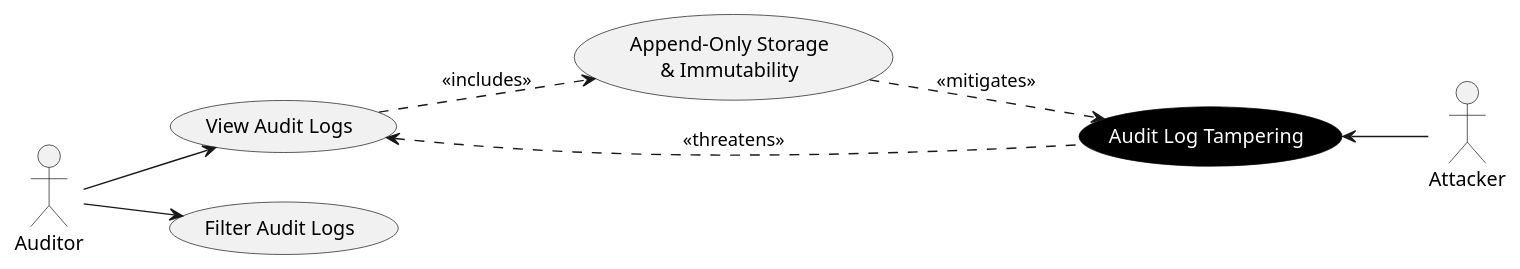
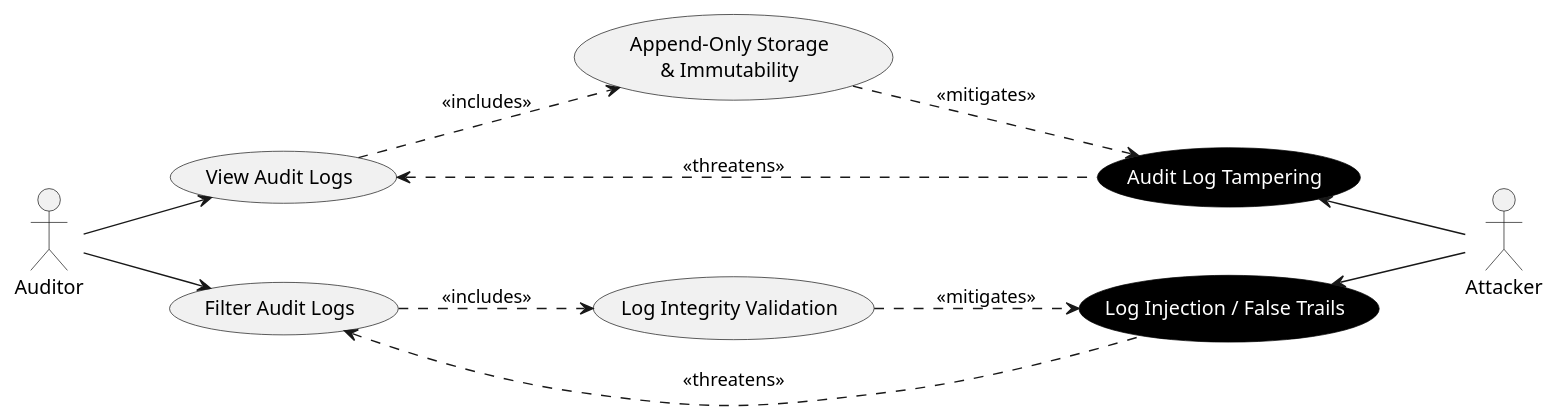
The diagram in Phase1/images/abuse-cases/audit-log/audit-abuse-case.puml (mei-desofs/desofs2026_thu_ffs_2), drawn with PlantUML before and after one commit. The commit also changed 13 other files, not shown here.

Commit message:
G - #6 - Update abuse case diagrams

```diff
--- a/Phase1/images/abuse-cases/audit-log/audit-abuse-case.puml
+++ b/Phase1/images/abuse-cases/audit-log/audit-abuse-case.puml
@@ -1,34 +1,36 @@
 @startuml
 left to right direction
-
 hide stereotype
-skinparam defaultTextAlignment center
-
 skinparam usecase {
     BackgroundColor<<Abuse>> Black
     FontColor<<Abuse>> White
     BorderColor<<Abuse>> Black
 }
 
 actor "Auditor" as Auditor
 actor "Attacker" as Attacker
 
 usecase "View Audit Logs" as UC_ViewLogs
 usecase "Filter Audit Logs" as UC_FilterLogs
 
 usecase "Append-Only Storage\n& Immutability" as UC_AppendOnly
+usecase "Log Integrity Validation" as UC_Integrity
 
 usecase "Audit Log Tampering" as AC_Tampering <<Abuse>>
+usecase "Log Injection / False Trails" as AC_Injection <<Abuse>>
 
 Auditor --> UC_ViewLogs
 Auditor --> UC_FilterLogs
 
 UC_ViewLogs ..> UC_AppendOnly : <<includes>>
+UC_FilterLogs ..> UC_Integrity : <<includes>>
 
 UC_AppendOnly ..> AC_Tampering : <<mitigates>>
+UC_Integrity ..> AC_Injection : <<mitigates>>
 
 UC_ViewLogs <.. AC_Tampering : <<threatens>>
+UC_FilterLogs <.. AC_Injection : <<threatens>>
 
 AC_Tampering <-- Attacker
-
+AC_Injection <-- Attacker
 @enduml
```
